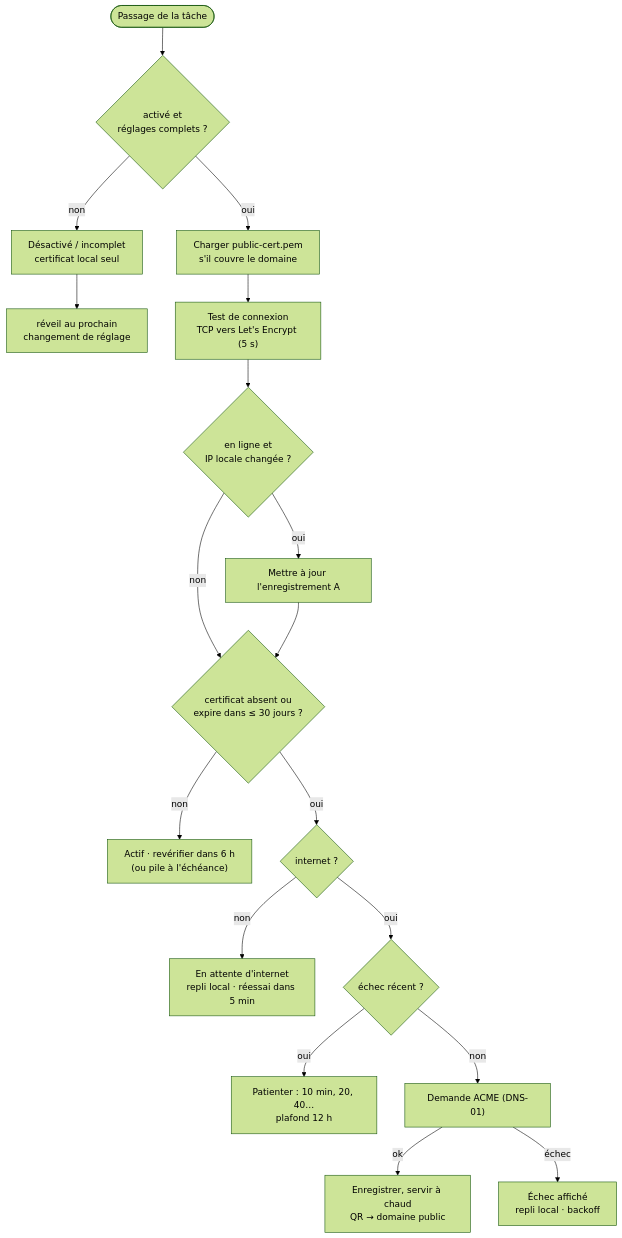
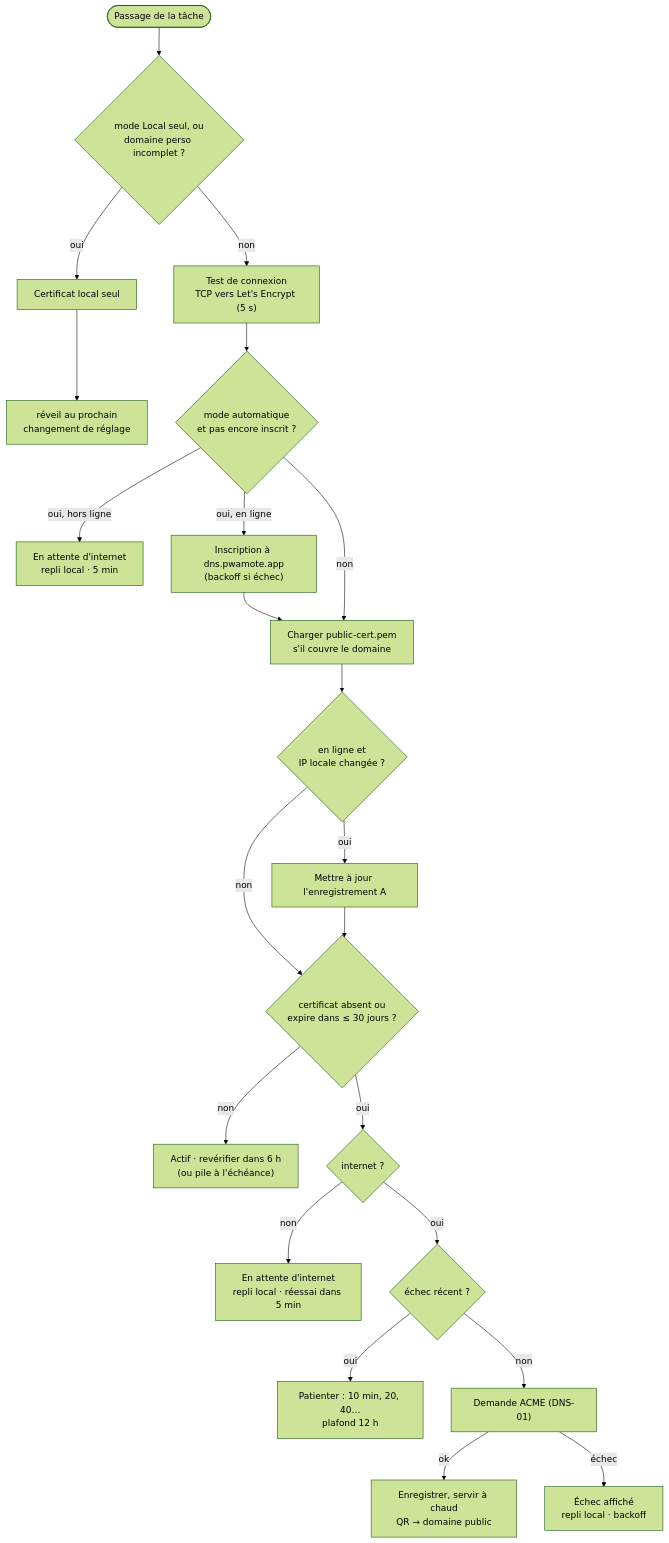
The ninth of 22 diagrams in docs/architecture.md (wardensfx/pwamote), drawn with Mermaid (forest theme) before and after one commit. The commit also changed other lines of this file and 26 other files, not shown here.

First line of the commit message:
feat: HTTPS automatique par défaut avec un nom <id>.pwamote.app (type plex.direct)

````diff
--- a/docs/architecture.md
+++ b/docs/architecture.md
@@ -191,19 +216,22 @@
 ```mermaid
 flowchart TD
-  T(["Passage de la tâche"]) --> E{"activé et<br/>réglages complets ?"}
-  E -- non --> I["Désactivé / incomplet<br/>certificat local seul"] --> W1["réveil au prochain<br/>changement de réglage"]
-  E -- oui --> L["Charger public-cert.pem<br/>s'il couvre le domaine"]
-  L --> P["Test de connexion<br/>TCP vers Let's Encrypt (5 s)"]
-  P --> A{"en ligne et<br/>IP locale changée ?"}
+  T(["Passage de la tâche"]) --> E{"mode Local seul, ou<br/>domaine perso incomplet ?"}
+  E -- oui --> I["Certificat local seul"] --> W1["réveil au prochain<br/>changement de réglage"]
+  E -- non --> P0["Test de connexion<br/>TCP vers Let's Encrypt (5 s)"]
+  P0 --> G{"mode automatique<br/>et pas encore inscrit ?"}
+  G -- "oui, hors ligne" --> N0["En attente d'internet<br/>repli local · 5 min"]
+  G -- "oui, en ligne" --> REG["Inscription à dns.pwamote.app<br/>(backoff si échec)"] --> L
+  G -- non --> L["Charger public-cert.pem<br/>s'il couvre le domaine"]
+  L --> A{"en ligne et<br/>IP locale changée ?"}
   A -- oui --> DNSA["Mettre à jour l'enregistrement A"]
   A -- non --> R
   DNSA --> R{"certificat absent ou<br/>expire dans ≤ 30 jours ?"}
   R -- non --> K["Actif · revérifier dans 6 h<br/>(ou pile à l'échéance)"]
   R -- oui --> O{"internet ?"}
   O -- non --> N["En attente d'internet<br/>repli local · réessai dans 5 min"]
   O -- oui --> B{"échec récent ?"}
   B -- oui --> BO["Patienter : 10 min, 20, 40…<br/>plafond 12 h"]
   B -- non --> ACME["Demande ACME (DNS-01)"]
   ACME -- ok --> S["Enregistrer, servir à chaud<br/>QR → domaine public"]
   ACME -- échec --> F["Échec affiché<br/>repli local · backoff"]
 ```
````
